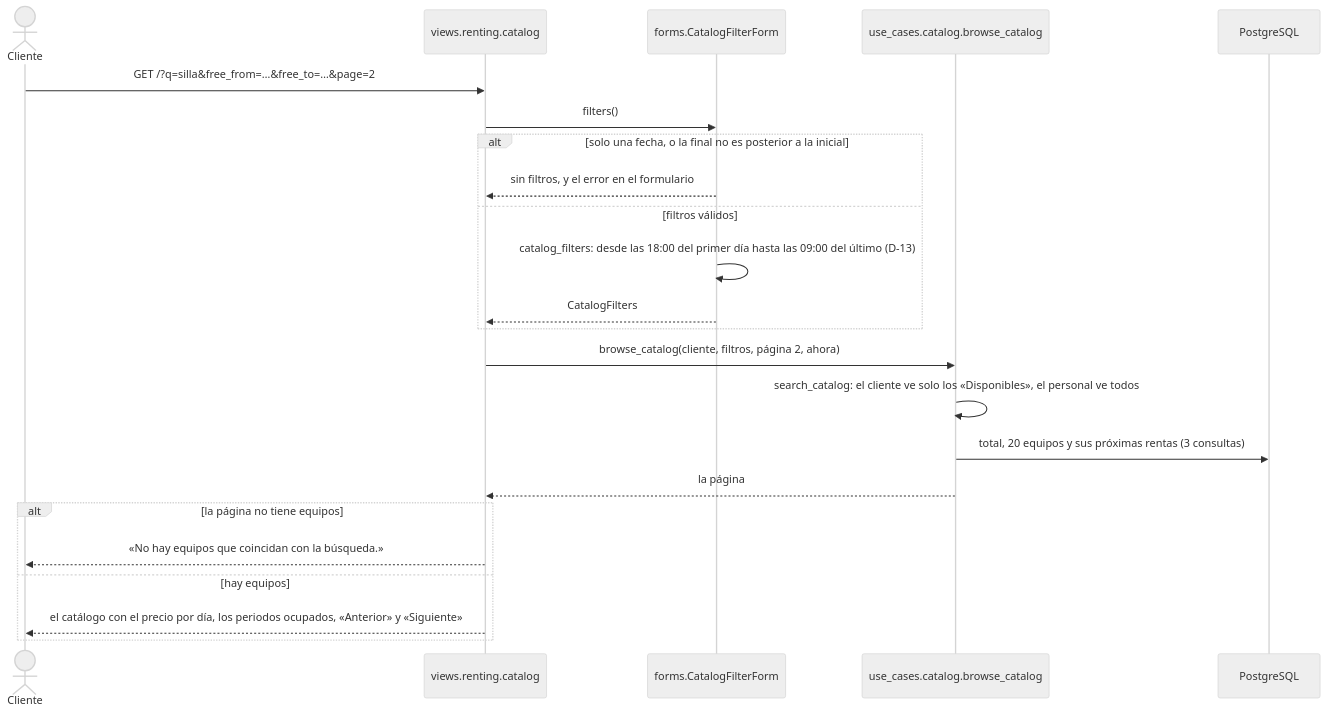
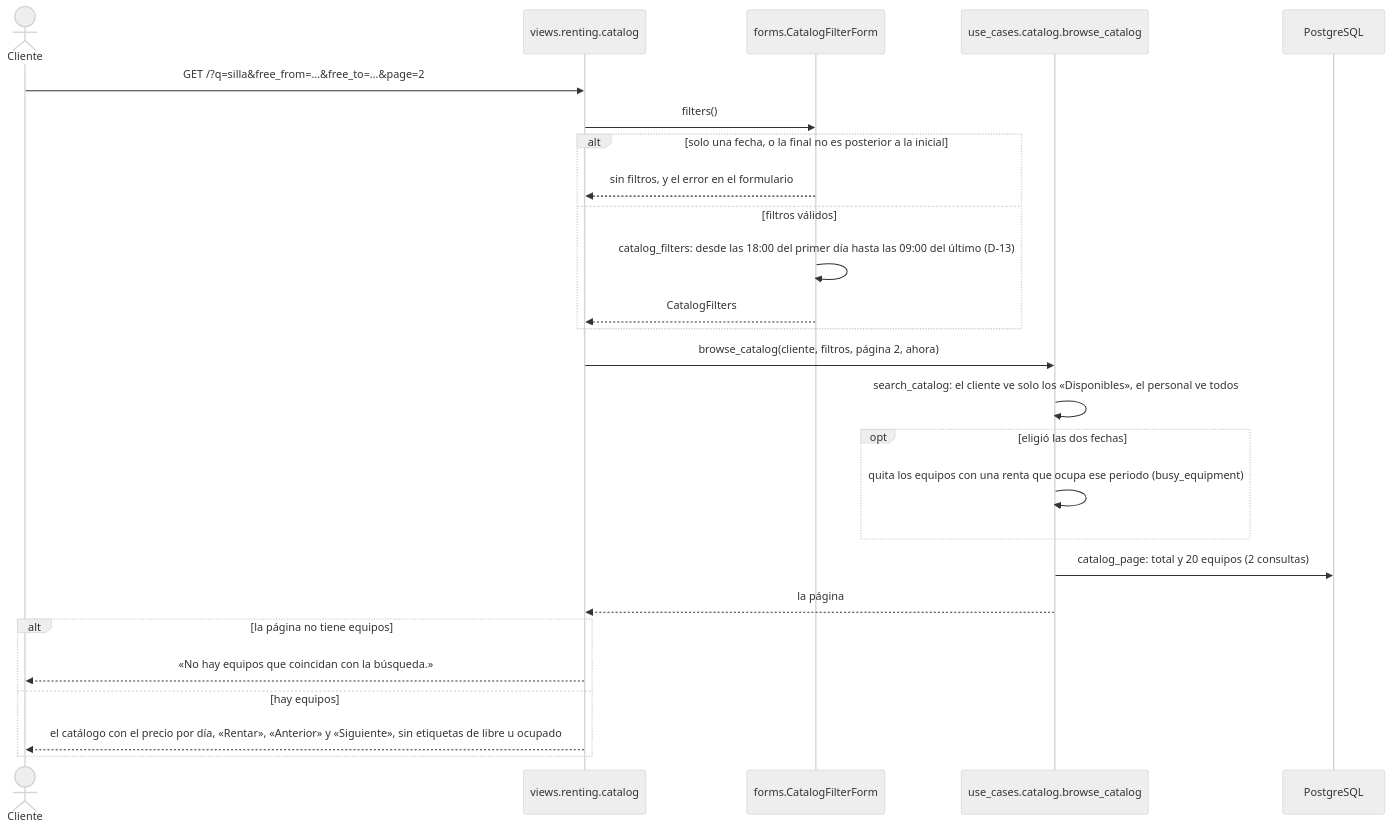
One commit to peterteranb/astra-rent-system changed the sixth of 38 diagrams in docs/casos-de-uso.md. Above: the diagram before and after it, drawn with Mermaid (neutral theme). The commit also changed other lines of this file and 6 other files, not shown here.

Commit message:
docs: client feedback, account use case and activity diagrams

````diff
--- a/docs/casos-de-uso.md
+++ b/docs/casos-de-uso.md
@@ -222,25 +271,28 @@
 ```mermaid
 sequenceDiagram
     actor C as Cliente
     participant V as views.renting.catalog
     participant F as forms.CatalogFilterForm
     participant U as use_cases.catalog.browse_catalog
     participant BD as PostgreSQL
     C->>V: GET /?q=silla&free_from=…&free_to=…&page=2
     V->>F: filters()
     alt solo una fecha, o la final no es posterior a la inicial
         F-->>V: sin filtros, y el error en el formulario
     else filtros válidos
         F->>F: catalog_filters: desde las 18:00 del primer día hasta las 09:00 del último (D-13)
         F-->>V: CatalogFilters
     end
     V->>U: browse_catalog(cliente, filtros, página 2, ahora)
     U->>U: search_catalog: el cliente ve solo los «Disponibles», el personal ve todos
-    U->>BD: total, 20 equipos y sus próximas rentas (3 consultas)
+    opt eligió las dos fechas
+        U->>U: quita los equipos con una renta que ocupa ese periodo (busy_equipment)
+    end
+    U->>BD: catalog_page: total y 20 equipos (2 consultas)
     U-->>V: la página
     alt la página no tiene equipos
         V-->>C: «No hay equipos que coincidan con la búsqueda.»
     else hay equipos
-        V-->>C: el catálogo con el precio por día, los periodos ocupados, «Anterior» y «Siguiente»
+        V-->>C: el catálogo con el precio por día, «Rentar», «Anterior» y «Siguiente», sin etiquetas de libre u ocupado
     end
 ```
````
